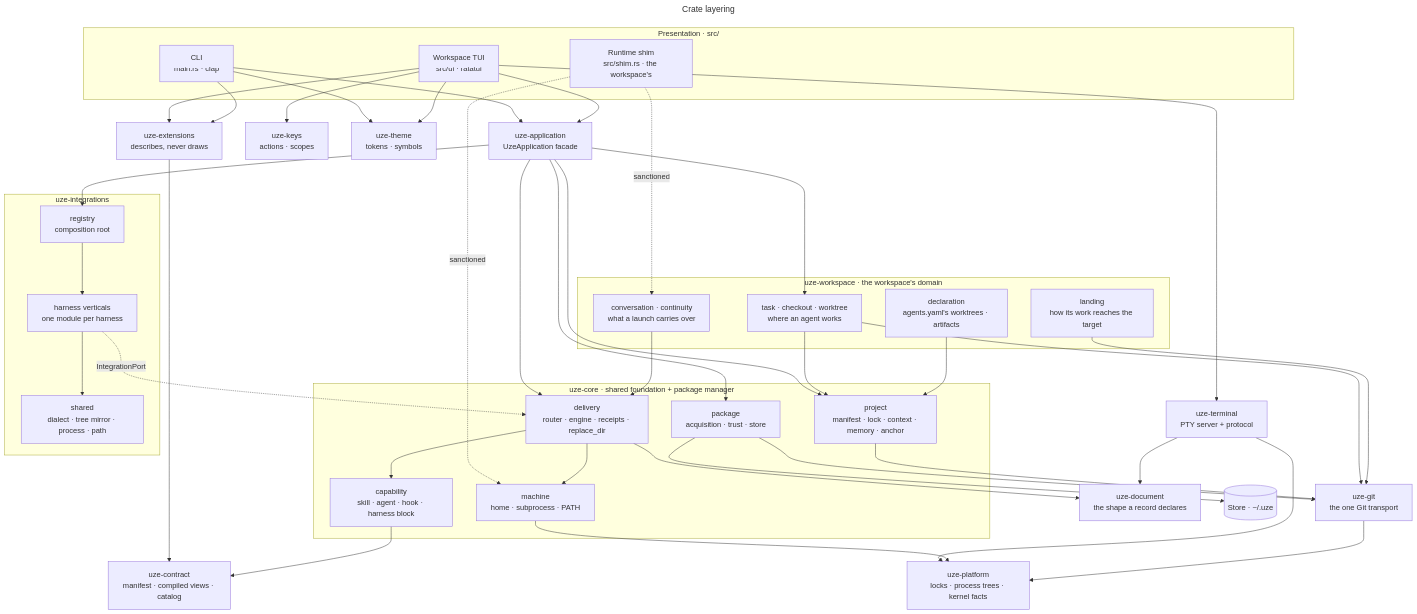
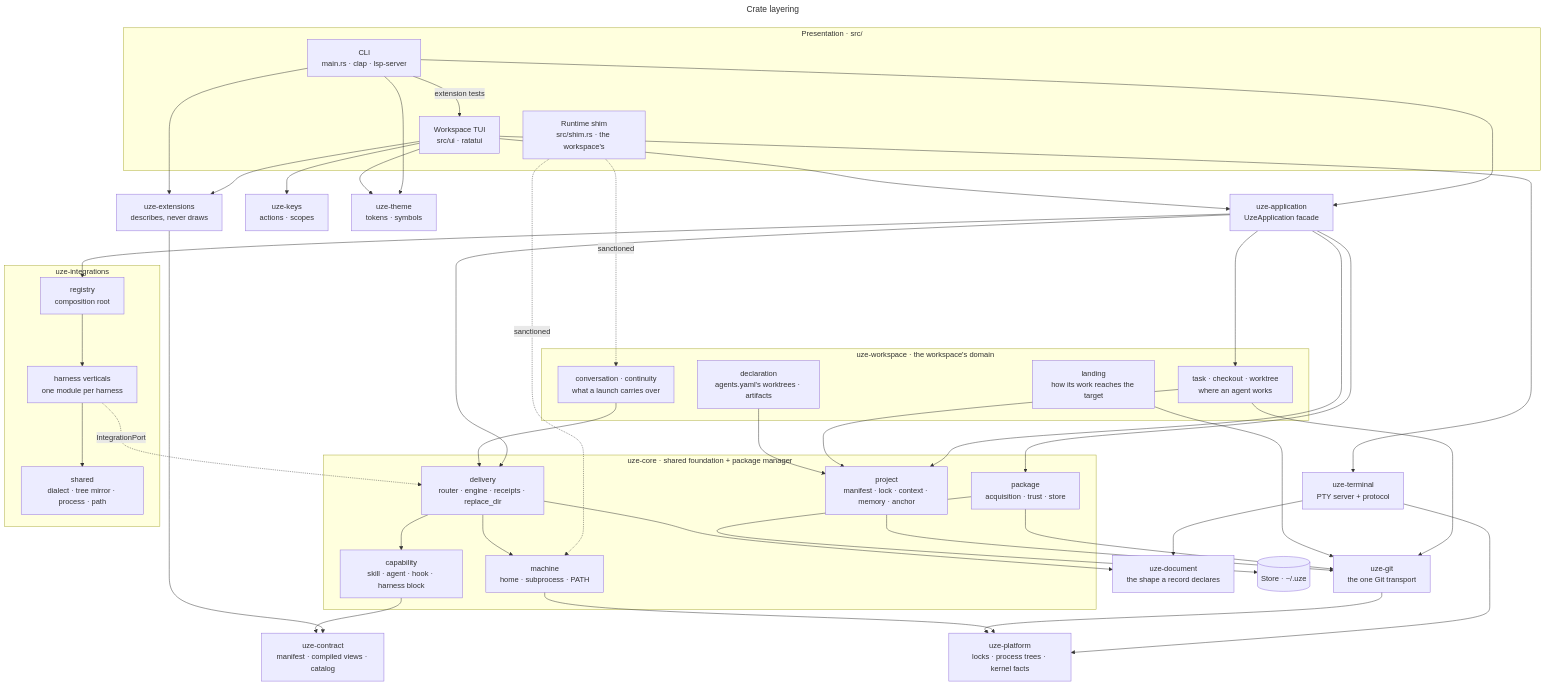
The diagram in docs/architecture/crate-layering.mmd (uze-sh/uze), drawn with Mermaid before and after one commit. The commit also changed 4 other files, not shown here.

```diff
--- a/docs/architecture/crate-layering.mmd
+++ b/docs/architecture/crate-layering.mmd
@@ -1,73 +1,74 @@
 ---
 title: Crate layering
 ---
 flowchart TD
   subgraph presentation [Presentation · src/]
-    cli[CLI<br/>main.rs · clap]
+    cli[CLI<br/>main.rs · clap · lsp-server]
     tui[Workspace TUI<br/>src/ui · ratatui]
     shim[Runtime shim<br/>src/shim.rs · the workspace's]
   end
   ext[uze-extensions<br/>describes, never draws]
   contract[uze-contract<br/>manifest · compiled views · catalog]
   keys[uze-keys<br/>actions · scopes]
   theme[uze-theme<br/>tokens · symbols]
   terminal[uze-terminal<br/>PTY server + protocol]
   app[uze-application<br/>UzeApplication facade]
   subgraph ws [uze-workspace · the workspace's domain]
     tasks[task · checkout · worktree<br/>where an agent works]
     landing[landing<br/>how its work reaches the target]
     conversation[conversation · continuity<br/>what a launch carries over]
     declaration[declaration<br/>agents.yaml's worktrees · artifacts]
   end
   subgraph core [uze-core · shared foundation + package manager]
     package[package<br/>acquisition · trust · store]
     capability[capability<br/>skill · agent · hook · harness block]
     delivery[delivery<br/>router · engine · receipts · replace_dir]
     project[project<br/>manifest · lock · context · memory · anchor]
     machine[machine<br/>home · subprocess · PATH]
   end
   subgraph integrations [uze-integrations]
     registry[registry<br/>composition root]
     verticals[harness verticals<br/>one module per harness]
     shared[shared<br/>dialect · tree mirror · process · path]
   end
   git[uze-git<br/>the one Git transport]
   document[uze-document<br/>the shape a record declares]
   process[uze-platform<br/>locks · process trees · kernel facts]
   store[(Store · ~/.uze)]
 
   cli --> app
   tui --> app
   tui --> ext
   ext --> contract
   capability --> contract
   cli --> ext
+  cli -->|extension tests| tui
   tui --> keys
   tui --> terminal
   cli --> theme
   tui --> theme
   shim -.->|sanctioned| machine
   app --> package
   app --> delivery
   app --> project
   app --> registry
   app --> tasks
   tasks --> project
   tasks --> git
   landing --> git
   declaration --> project
   conversation --> delivery
   shim -.->|sanctioned| conversation
   registry --> verticals
   verticals --> shared
   verticals -.->|IntegrationPort| delivery
   delivery --> capability
   delivery --> machine
   package --> git
   project --> git
   package --> store
   delivery --> document
   terminal --> document
   terminal --> process
   machine --> process
   git --> process
```
